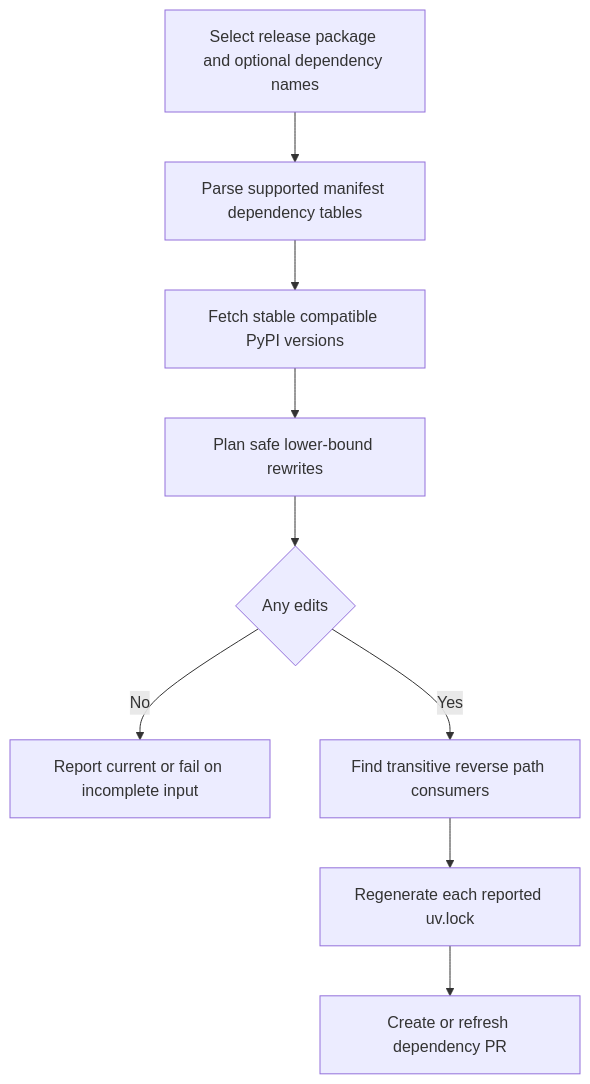
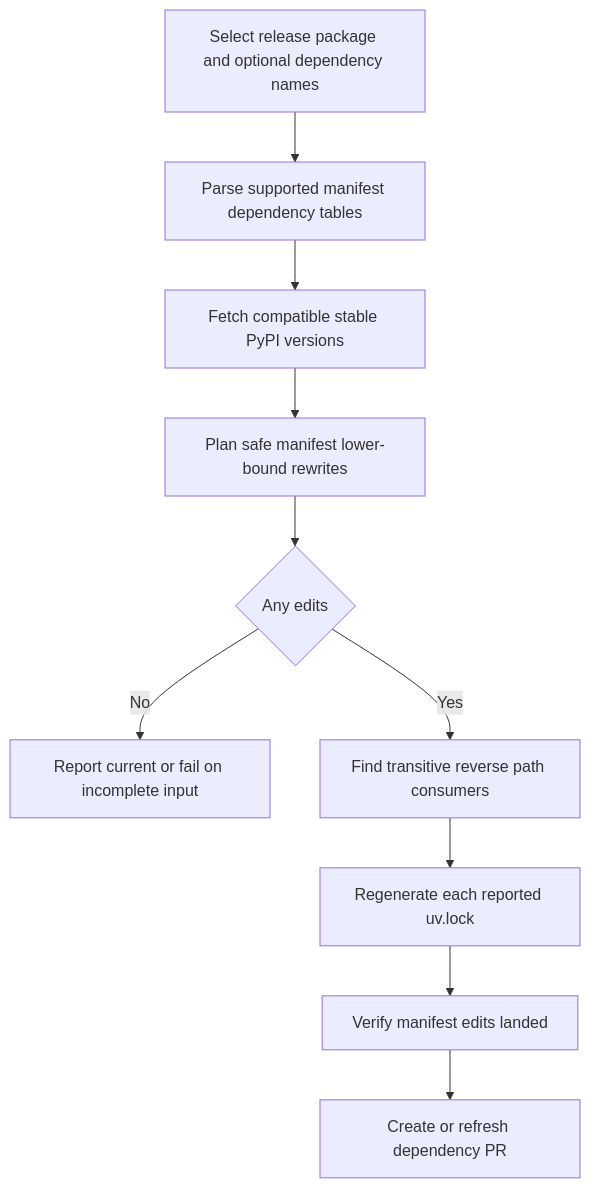
One commit to langchain-ai/deepagents changed the second of 3 diagrams in openwiki/operations/development.md. Above: the diagram before and after it, drawn with Mermaid. The commit also changed other lines of this file and 27 other files, not shown here.

````diff
--- a/openwiki/operations/development.md
+++ b/openwiki/operations/development.md
@@ -111,11 +129,12 @@
 ```mermaid
 flowchart TD
     Select["Select release package and optional dependency names"] --> Scope["Parse supported manifest dependency tables"]
-    Scope --> Fetch["Fetch stable compatible PyPI versions"]
-    Fetch --> Plan["Plan safe lower-bound rewrites"]
+    Scope --> Fetch["Fetch compatible stable PyPI versions"]
+    Fetch --> Plan["Plan safe manifest lower-bound rewrites"]
     Plan --> Changed{"Any edits"}
     Changed -->|"No"| Done["Report current or fail on incomplete input"]
     Changed -->|"Yes"| Closure["Find transitive reverse path consumers"]
     Closure --> Lock["Regenerate each reported uv.lock"]
-    Lock --> PR["Create or refresh dependency PR"]
+    Lock --> Verify["Verify manifest edits landed"]
+    Verify --> PR["Create or refresh dependency PR"]
 ```
````
